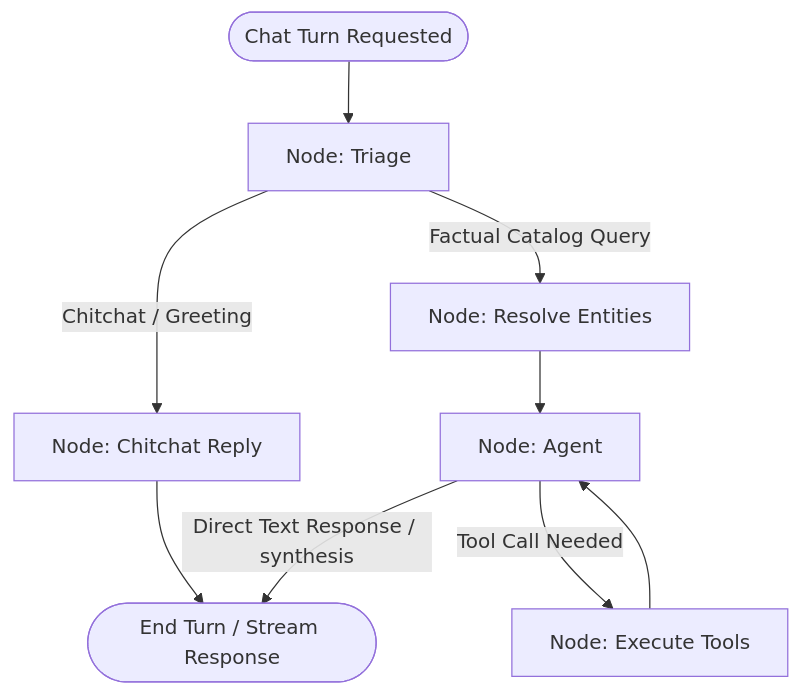
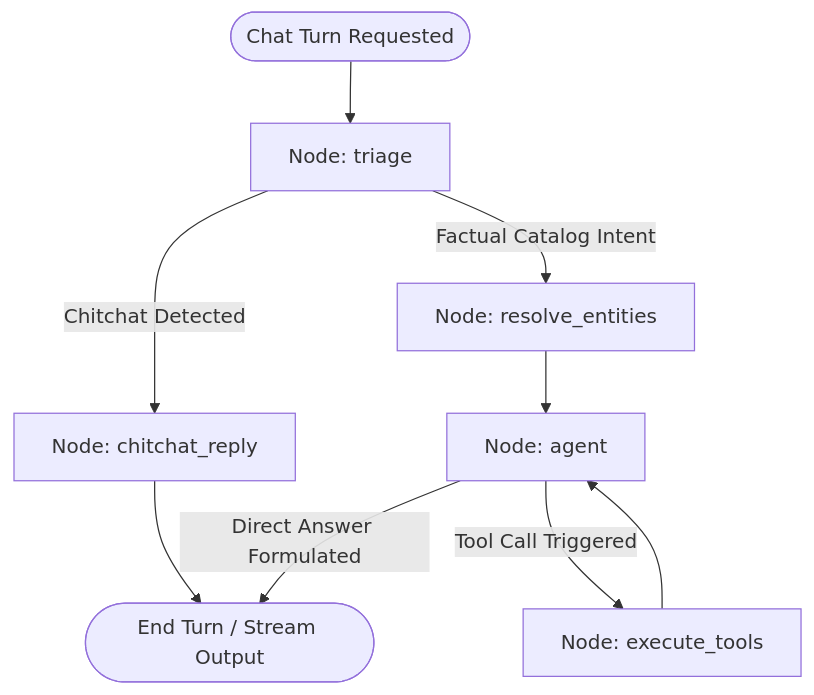
One commit to db-sde/chatbot changed the diagram in SYSTEM_REPORT.md. Above: the diagram before and after it, drawn with Mermaid. The commit also changed other lines of this file and 5 other files, not shown here.

Commit message:
refactor: qwen ,implement native LLM streaming support and optimize agent architecture for reduced latency

````diff
--- a/SYSTEM_REPORT.md
+++ b/SYSTEM_REPORT.md
@@ -121,11 +128,11 @@
 ```mermaid
 graph TD
-    START([Chat Turn Requested]) --> T[Node: Triage]
-    T -- Chitchat / Greeting --> CC[Node: Chitchat Reply]
-    T -- Factual Catalog Query --> RE[Node: Resolve Entities]
-    CC --> END([End Turn / Stream Response])
-    RE --> A[Node: Agent]
-    A -- Tool Call Needed --> ET[Node: Execute Tools]
-    ET --> A
-    A -- Direct Text Response / synthesis --> END
+    START([Chat Turn Requested]) --> Triage[Node: triage]
+    Triage -- Chitchat Detected --> Chitchat[Node: chitchat_reply]
+    Triage -- Factual Catalog Intent --> Resolve[Node: resolve_entities]
+    Chitchat --> END([End Turn / Stream Output])
+    Resolve --> Agent[Node: agent]
+    Agent -- Tool Call Triggered --> ExecTools[Node: execute_tools]
+    ExecTools --> Agent
+    Agent -- Direct Answer Formulated --> END
 ```
````
